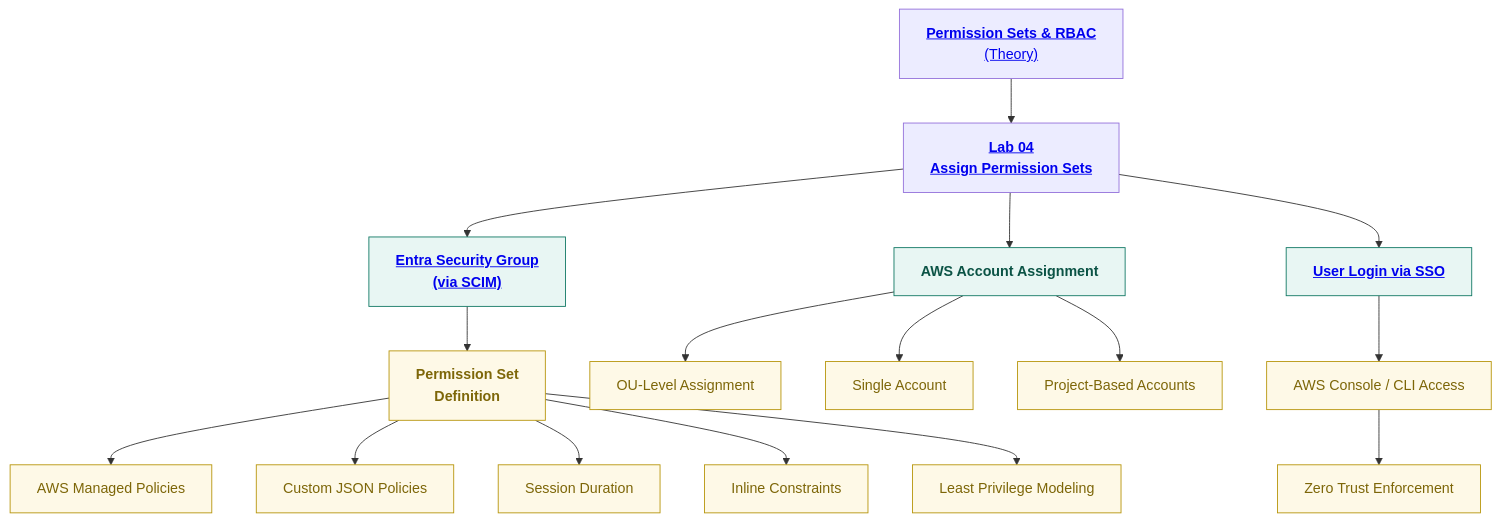
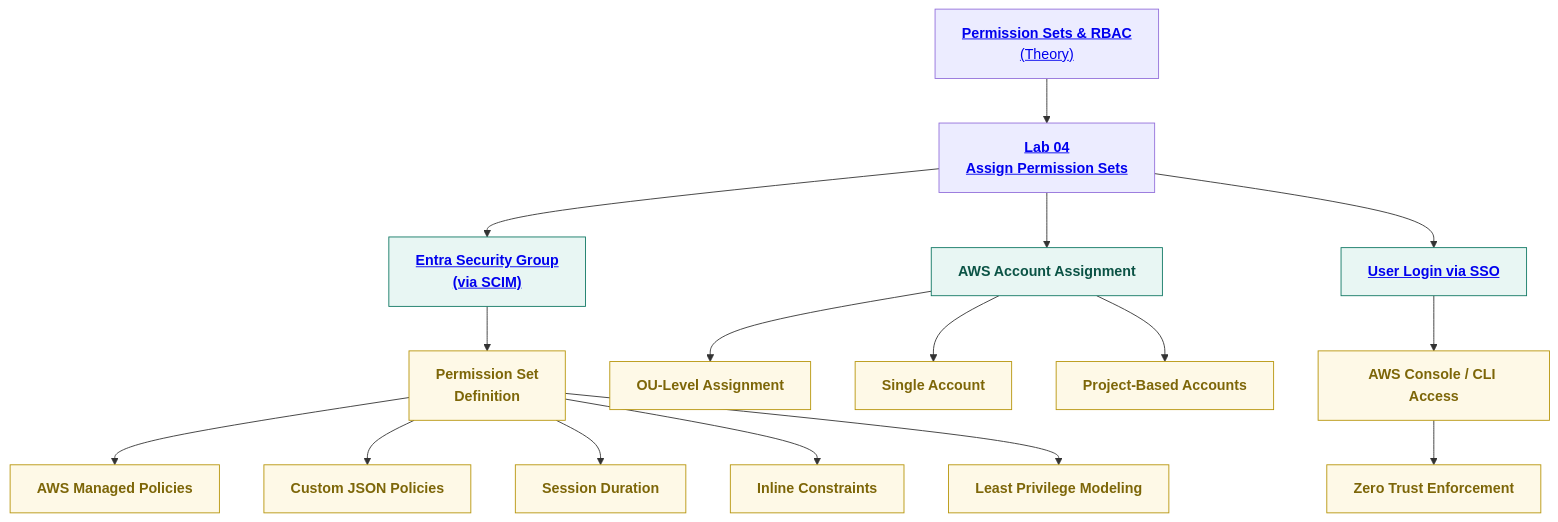
The diagram in labs/04-permission-sets.md (S3curethecloud/multi-cloud-Identity-aws-entra), drawn with Mermaid before and after one commit. The commit also changed other lines of this file, not shown here.

````diff
--- a/labs/04-permission-sets.md
+++ b/labs/04-permission-sets.md
@@ -39,31 +37,31 @@
 ```mermaid
 flowchart TD
 
 %% ROOT
 A["<a href='../theory/06-permission-sets-rbac.md'><b>Permission Sets & RBAC</b><br/>(Theory)</a>"] --> B["<a href='../labs/04-permission-sets.md'><b>Lab 04<br/>Assign Permission Sets</b></a>"]
 
 %% GROUP → PERMISSION SET
-B --> C1["<a href='../labs/03-scim-provisioning.md'>Entra Security Group<br/>(via SCIM)</a>"]:::step
+B --> C1["<a href='../labs/03-scim-provisioning.md'><b>Entra Security Group<br/>(via SCIM)</b></a>"]:::step
 C1 --> C2["<b>Permission Set<br/>Definition</b>"]:::item
 
 %% PERMISSION SET DETAILS
-C2 --> P1["AWS Managed Policies"]:::item
-C2 --> P2["Custom JSON Policies"]:::item
-C2 --> P3["Session Duration"]:::item
-C2 --> P4["Inline Constraints"]:::item
-C2 --> P5["Least Privilege Modeling"]:::item
+C2 --> P1["<b>AWS Managed Policies</b>"]:::item
+C2 --> P2["<b>Custom JSON Policies</b>"]:::item
+C2 --> P3["<b>Session Duration</b>"]:::item
+C2 --> P4["<b>Inline Constraints</b>"]:::item
+C2 --> P5["<b>Least Privilege Modeling</b>"]:::item
 
 %% ACCOUNT ASSIGNMENT
 B --> D1["<b>AWS Account Assignment</b>"]:::step
-D1 --> D2["OU-Level Assignment"]:::item
-D1 --> D3["Single Account"]:::item
-D1 --> D4["Project-Based Accounts"]:::item
+D1 --> D2["<b>OU-Level Assignment</b>"]:::item
+D1 --> D3["<b>Single Account</b>"]:::item
+D1 --> D4["<b>Project-Based Accounts</b>"]:::item
 
 %% LOGIN
-B --> E1["<a href='../labs/01-aws-identity-center.md'>User Login via SSO</a>"]:::step
-E1 --> E2["AWS Console / CLI Access"]:::item
-E2 --> E3["Zero Trust Enforcement"]:::item
+B --> E1["<a href='../labs/01-aws-identity-center.md'><b>User Login via SSO</b></a>"]:::step
+E1 --> E2["<b>AWS Console / CLI Access</b>"]:::item
+E2 --> E3["<b>Zero Trust Enforcement</b>"]:::item
 
 classDef step fill:#E8F6F3,stroke:#117864,color:#0B5345,font-weight:bold;
 classDef item fill:#FEF9E7,stroke:#B7950B,color:#7D6608;
 ```
````
